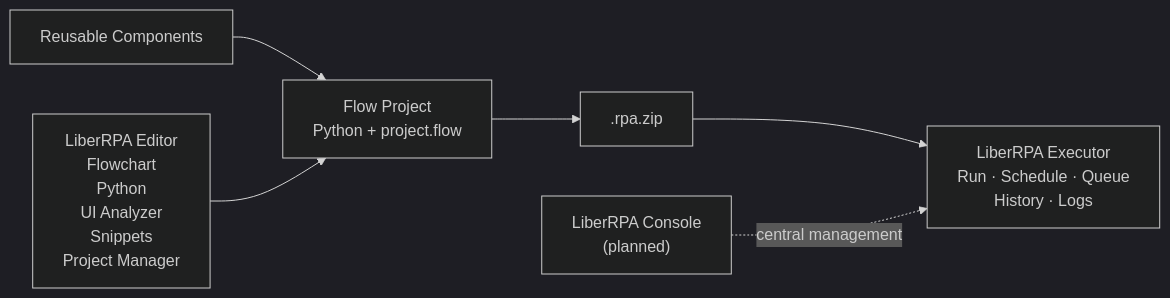
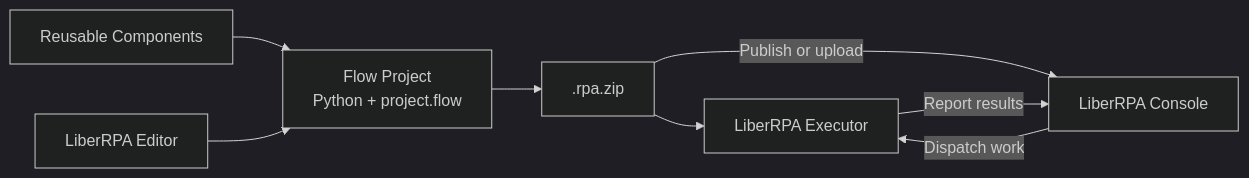
One commit to HUHARED/LiberRPA changed the diagram in README.md. Above: the diagram before and after it, drawn with Mermaid (dark theme). The commit also changed other lines of this file and 119 other files, not shown here.

````diff
--- a/README.md
+++ b/README.md
@@ -144,15 +152,17 @@
 ```mermaid
 flowchart LR
-    A["LiberRPA Editor<br/>Flowchart<br/>Python<br/>UI Analyzer<br/>Snippets<br/>Project Manager"]
+    A["LiberRPA Editor"]
     B["Flow Project<br/>Python + project.flow"]
     C["Reusable Components"]
     D[".rpa.zip"]
-    E["LiberRPA Executor<br/>Run · Schedule · Queue<br/>History · Logs"]
-    F["LiberRPA Console<br/>(planned)"]
+    E["LiberRPA Executor"]
+    F["LiberRPA Console"]
 
     C --> B
     A --> B
     B --> D
     D --> E
-    F -. central management .-> E
+    D -->|Publish or upload| F
+    F -->|Dispatch work| E
+    E -->|Report results| F
 ```
````
